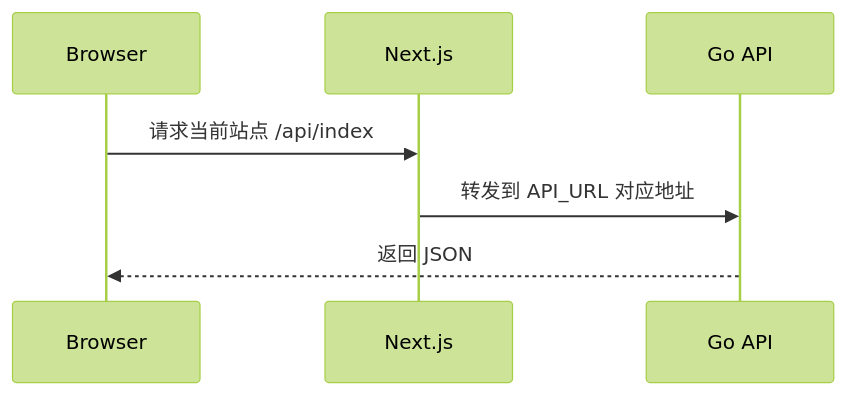
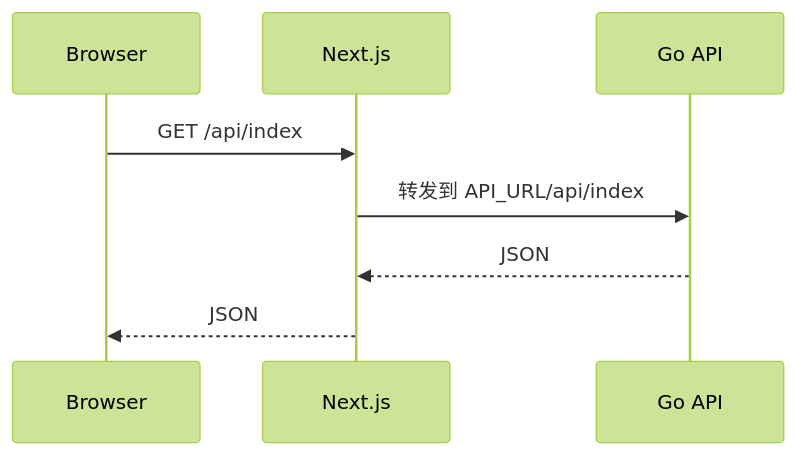
The second of 2 diagrams in web/README.md (fe-spark/EcoHub), drawn with Mermaid (forest theme) before and after one commit. The commit also changed other lines of this file and 9 other files, not shown here.

````diff
--- a/web/README.md
+++ b/web/README.md
@@ -130,10 +108,11 @@
 ```mermaid
 sequenceDiagram
     participant Browser
     participant Next as Next.js
     participant API as Go API
 
-    Browser->>Next: 请求当前站点 /api/index
-    Next->>API: 转发到 API_URL 对应地址
-    API-->>Browser: 返回 JSON
+    Browser->>Next: GET /api/index
+    Next->>API: 转发到 API_URL/api/index
+    API-->>Next: JSON
+    Next-->>Browser: JSON
 ```
````
